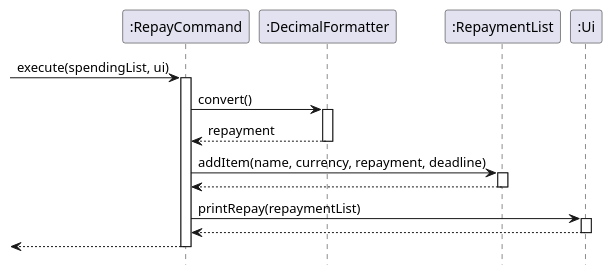
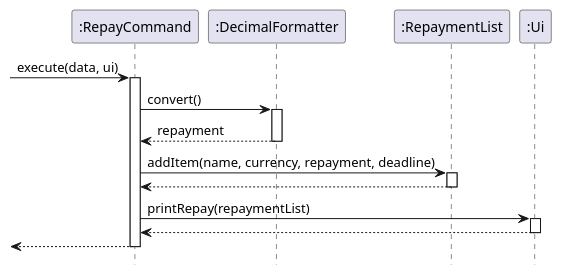
Before and after one commit to xieyaoyue/tp: the diagram in src/uml/sequence diagrams/RepayCommand.puml, drawn with PlantUML. The commit also changed 8 other files, not shown here.

```diff
--- a/src/uml/sequence diagrams/RepayCommand.puml
+++ b/src/uml/sequence diagrams/RepayCommand.puml
@@ -1,19 +1,19 @@
 @startuml
 hide footbox
-->":RepayCommand":execute(spendingList, ui)
+->":RepayCommand":execute(data, ui)
 activate ":RepayCommand"
 ":RepayCommand"->":DecimalFormatter":convert()
 activate ":DecimalFormatter"
 ":DecimalFormatter"-->":RepayCommand":repayment
 deactivate ":DecimalFormatter"
 ":RepayCommand"->":RepaymentList":addItem(name, currency, repayment, deadline)
 activate ":RepaymentList"
 ":RepaymentList"-->":RepayCommand":
 deactivate ":RepaymentList"
 ":RepayCommand"->":Ui":printRepay(repaymentList)
 activate ":Ui"
 ":Ui"-->":RepayCommand":
 deactivate ":Ui"
 <--":RepayCommand"
 deactivate ":RepayCommand"
 @enduml
```
